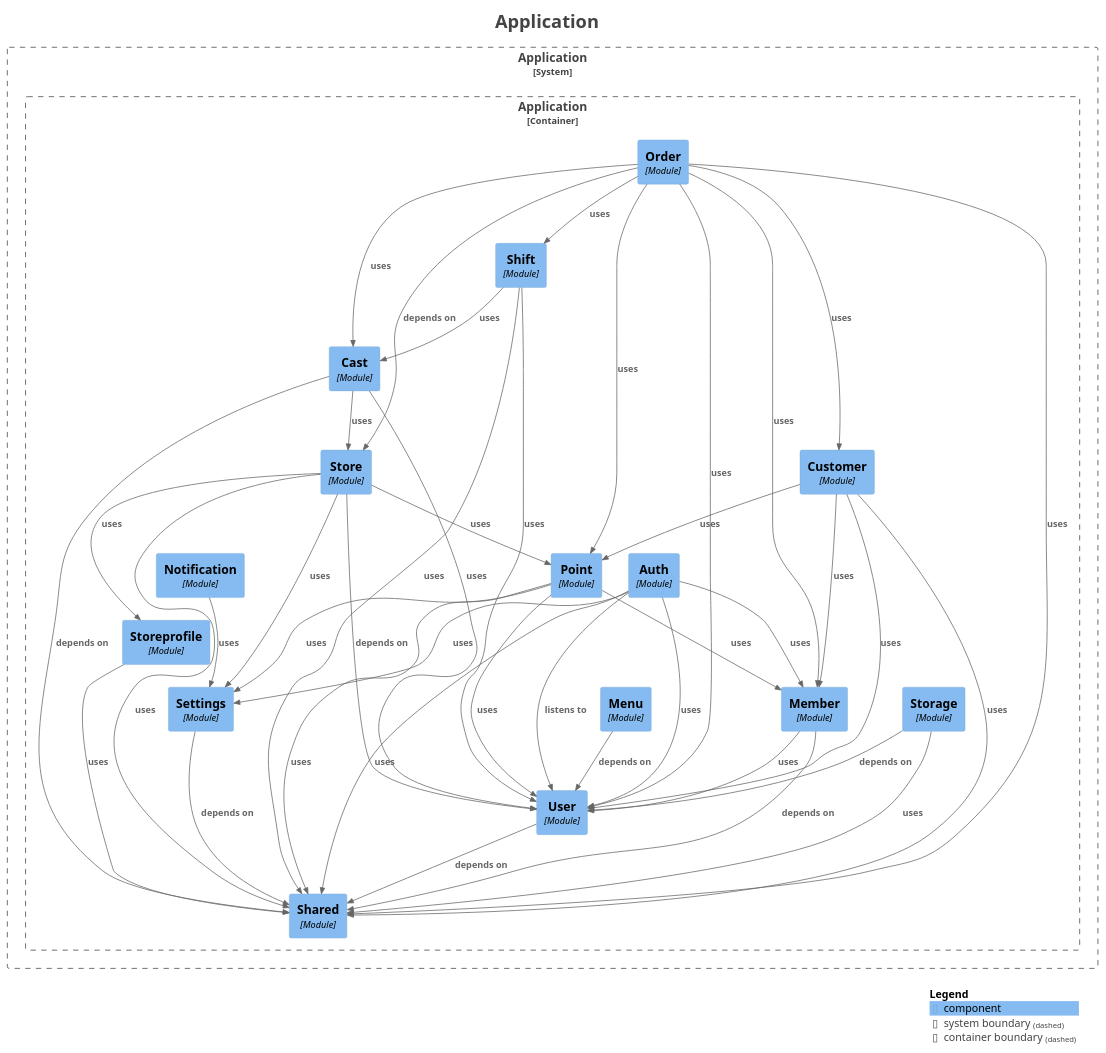
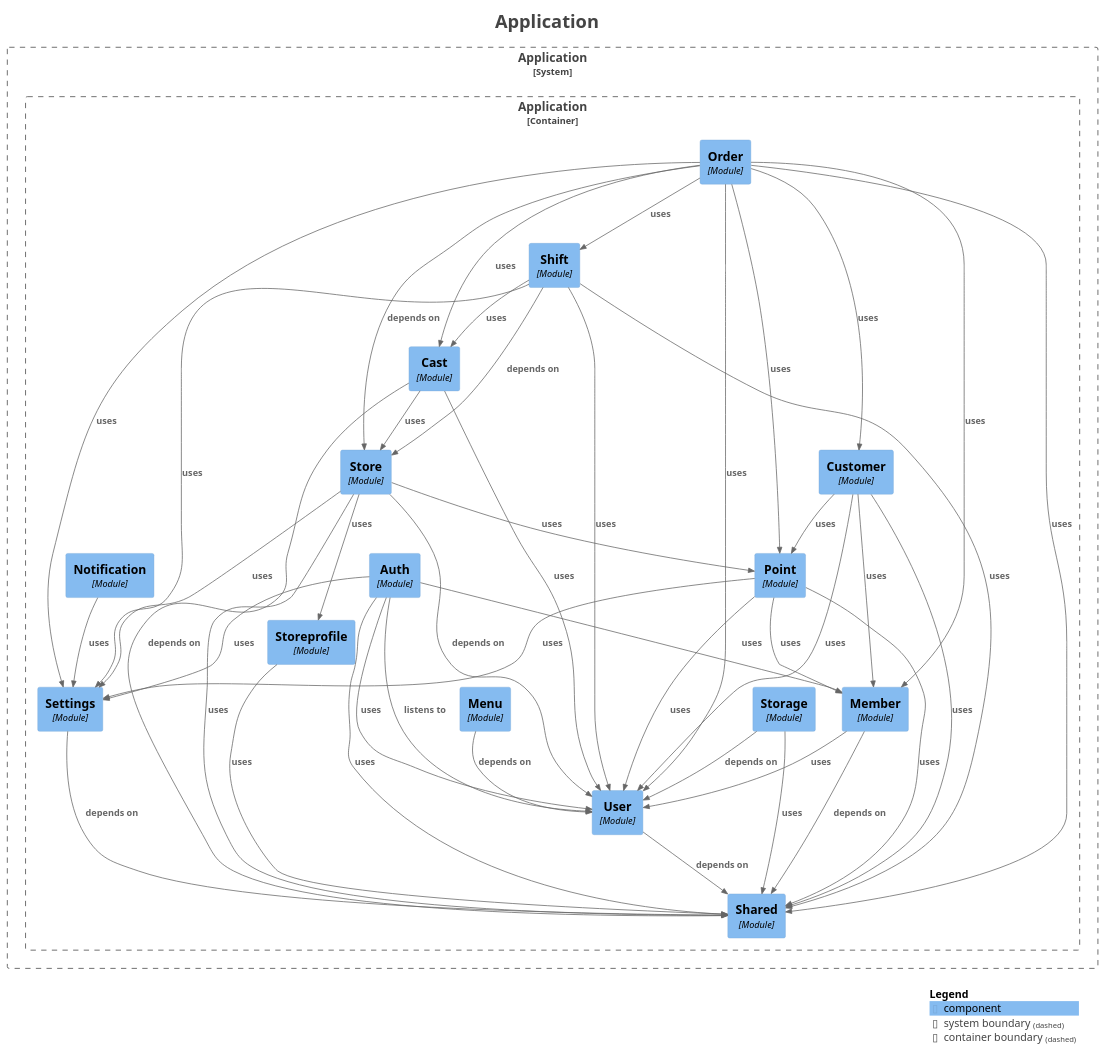
Before and after one commit to kanghouchao/Kizuna: the diagram in backend/docs/modulith/components.puml, drawn with PlantUML. The commit also changed 19 other files, not shown here.

```diff
--- a/backend/docs/modulith/components.puml
+++ b/backend/docs/modulith/components.puml
@@ -1,83 +1,86 @@
 @startuml
 title <size:24>Application</size>
 
 set separator none
 top to bottom direction
 
 <style>
   root {
     BackgroundColor: #ffffff
     FontColor: #444444
   }
 </style>
 
 !include <C4/C4>
 !include <C4/C4_Context>
 !include <C4/C4_Component>
 
 System_Boundary("Application_boundary", "Application", $tags="") {
   Container_Boundary("Application.Application_boundary", "Application", $tags="") {
     Component(Application.Application.Storage, "Storage", $techn="Module", $descr="", $tags="", $link="")
     Component(Application.Application.Auth, "Auth", $techn="Module", $descr="", $tags="", $link="")
     Component(Application.Application.Point, "Point", $techn="Module", $descr="", $tags="", $link="")
     Component(Application.Application.Customer, "Customer", $techn="Module", $descr="", $tags="", $link="")
     Component(Application.Application.Store, "Store", $techn="Module", $descr="", $tags="", $link="")
     Component(Application.Application.Cast, "Cast", $techn="Module", $descr="", $tags="", $link="")
     Component(Application.Application.Shift, "Shift", $techn="Module", $descr="", $tags="", $link="")
     Component(Application.Application.Order, "Order", $techn="Module", $descr="", $tags="", $link="")
     Component(Application.Application.Shared, "Shared", $techn="Module", $descr="", $tags="", $link="")
     Component(Application.Application.Settings, "Settings", $techn="Module", $descr="", $tags="", $link="")
     Component(Application.Application.Storeprofile, "Storeprofile", $techn="Module", $descr="", $tags="", $link="")
     Component(Application.Application.User, "User", $techn="Module", $descr="", $tags="", $link="")
     Component(Application.Application.Member, "Member", $techn="Module", $descr="", $tags="", $link="")
     Component(Application.Application.Menu, "Menu", $techn="Module", $descr="", $tags="", $link="")
     Component(Application.Application.Notification, "Notification", $techn="Module", $descr="", $tags="", $link="")
   }
 
 }
 
-Rel(Application.Application.Menu, Application.Application.User, "depends on", $techn="", $tags="", $link="")
+Rel(Application.Application.Notification, Application.Application.Settings, "uses", $techn="", $tags="", $link="")
+Rel(Application.Application.Member, Application.Application.Shared, "depends on", $techn="", $tags="", $link="")
+Rel(Application.Application.Member, Application.Application.User, "uses", $techn="", $tags="", $link="")
 Rel(Application.Application.Store, Application.Application.User, "depends on", $techn="", $tags="", $link="")
 Rel(Application.Application.Store, Application.Application.Storeprofile, "uses", $techn="", $tags="", $link="")
 Rel(Application.Application.Store, Application.Application.Point, "uses", $techn="", $tags="", $link="")
 Rel(Application.Application.Store, Application.Application.Settings, "uses", $techn="", $tags="", $link="")
 Rel(Application.Application.Store, Application.Application.Shared, "uses", $techn="", $tags="", $link="")
-Rel(Application.Application.Storage, Application.Application.User, "depends on", $techn="", $tags="", $link="")
-Rel(Application.Application.Storage, Application.Application.Shared, "uses", $techn="", $tags="", $link="")
-Rel(Application.Application.Storeprofile, Application.Application.Shared, "uses", $techn="", $tags="", $link="")
-Rel(Application.Application.User, Application.Application.Shared, "depends on", $techn="", $tags="", $link="")
-Rel(Application.Application.Shift, Application.Application.User, "uses", $techn="", $tags="", $link="")
-Rel(Application.Application.Shift, Application.Application.Cast, "uses", $techn="", $tags="", $link="")
-Rel(Application.Application.Shift, Application.Application.Shared, "uses", $techn="", $tags="", $link="")
-Rel(Application.Application.Notification, Application.Application.Settings, "uses", $techn="", $tags="", $link="")
-Rel(Application.Application.Cast, Application.Application.Shared, "depends on", $techn="", $tags="", $link="")
-Rel(Application.Application.Cast, Application.Application.User, "uses", $techn="", $tags="", $link="")
-Rel(Application.Application.Cast, Application.Application.Store, "uses", $techn="", $tags="", $link="")
-Rel(Application.Application.Settings, Application.Application.Shared, "depends on", $techn="", $tags="", $link="")
+Rel(Application.Application.Point, Application.Application.User, "uses", $techn="", $tags="", $link="")
+Rel(Application.Application.Point, Application.Application.Member, "uses", $techn="", $tags="", $link="")
+Rel(Application.Application.Point, Application.Application.Shared, "uses", $techn="", $tags="", $link="")
+Rel(Application.Application.Point, Application.Application.Settings, "uses", $techn="", $tags="", $link="")
 Rel(Application.Application.Order, Application.Application.Store, "depends on", $techn="", $tags="", $link="")
 Rel(Application.Application.Order, Application.Application.Customer, "uses", $techn="", $tags="", $link="")
 Rel(Application.Application.Order, Application.Application.User, "uses", $techn="", $tags="", $link="")
 Rel(Application.Application.Order, Application.Application.Member, "uses", $techn="", $tags="", $link="")
 Rel(Application.Application.Order, Application.Application.Shift, "uses", $techn="", $tags="", $link="")
 Rel(Application.Application.Order, Application.Application.Shared, "uses", $techn="", $tags="", $link="")
+Rel(Application.Application.Order, Application.Application.Settings, "uses", $techn="", $tags="", $link="")
+Rel(Application.Application.Order, Application.Application.Point, "uses", $techn="", $tags="", $link="")
 Rel(Application.Application.Order, Application.Application.Cast, "uses", $techn="", $tags="", $link="")
-Rel(Application.Application.Order, Application.Application.Point, "uses", $techn="", $tags="", $link="")
-Rel(Application.Application.Member, Application.Application.Shared, "depends on", $techn="", $tags="", $link="")
-Rel(Application.Application.Member, Application.Application.User, "uses", $techn="", $tags="", $link="")
-Rel(Application.Application.Point, Application.Application.User, "uses", $techn="", $tags="", $link="")
-Rel(Application.Application.Point, Application.Application.Member, "uses", $techn="", $tags="", $link="")
-Rel(Application.Application.Point, Application.Application.Shared, "uses", $techn="", $tags="", $link="")
-Rel(Application.Application.Point, Application.Application.Settings, "uses", $techn="", $tags="", $link="")
+Rel(Application.Application.Shift, Application.Application.Store, "depends on", $techn="", $tags="", $link="")
+Rel(Application.Application.Shift, Application.Application.Cast, "uses", $techn="", $tags="", $link="")
+Rel(Application.Application.Shift, Application.Application.User, "uses", $techn="", $tags="", $link="")
+Rel(Application.Application.Shift, Application.Application.Settings, "uses", $techn="", $tags="", $link="")
+Rel(Application.Application.Shift, Application.Application.Shared, "uses", $techn="", $tags="", $link="")
+Rel(Application.Application.Settings, Application.Application.Shared, "depends on", $techn="", $tags="", $link="")
+Rel(Application.Application.Storeprofile, Application.Application.Shared, "uses", $techn="", $tags="", $link="")
 Rel(Application.Application.Customer, Application.Application.Member, "uses", $techn="", $tags="", $link="")
 Rel(Application.Application.Customer, Application.Application.User, "uses", $techn="", $tags="", $link="")
+Rel(Application.Application.Customer, Application.Application.Shared, "uses", $techn="", $tags="", $link="")
 Rel(Application.Application.Customer, Application.Application.Point, "uses", $techn="", $tags="", $link="")
-Rel(Application.Application.Customer, Application.Application.Shared, "uses", $techn="", $tags="", $link="")
 Rel(Application.Application.Auth, Application.Application.User, "listens to", $techn="", $tags="", $link="")
 Rel(Application.Application.Auth, Application.Application.User, "uses", $techn="", $tags="", $link="")
 Rel(Application.Application.Auth, Application.Application.Member, "uses", $techn="", $tags="", $link="")
 Rel(Application.Application.Auth, Application.Application.Shared, "uses", $techn="", $tags="", $link="")
 Rel(Application.Application.Auth, Application.Application.Settings, "uses", $techn="", $tags="", $link="")
+Rel(Application.Application.Menu, Application.Application.User, "depends on", $techn="", $tags="", $link="")
+Rel(Application.Application.User, Application.Application.Shared, "depends on", $techn="", $tags="", $link="")
+Rel(Application.Application.Cast, Application.Application.Shared, "depends on", $techn="", $tags="", $link="")
+Rel(Application.Application.Cast, Application.Application.User, "uses", $techn="", $tags="", $link="")
+Rel(Application.Application.Cast, Application.Application.Store, "uses", $techn="", $tags="", $link="")
+Rel(Application.Application.Storage, Application.Application.User, "depends on", $techn="", $tags="", $link="")
+Rel(Application.Application.Storage, Application.Application.Shared, "uses", $techn="", $tags="", $link="")
 
 SHOW_LEGEND(true)
 hide stereotypes
 @enduml
```
